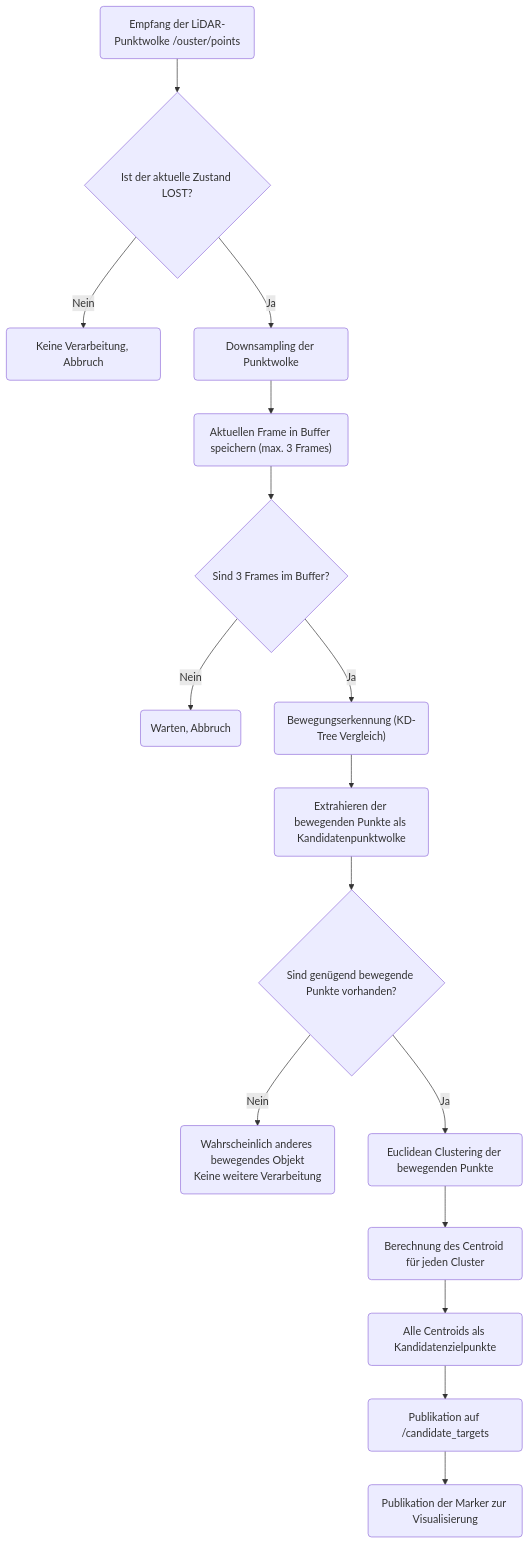
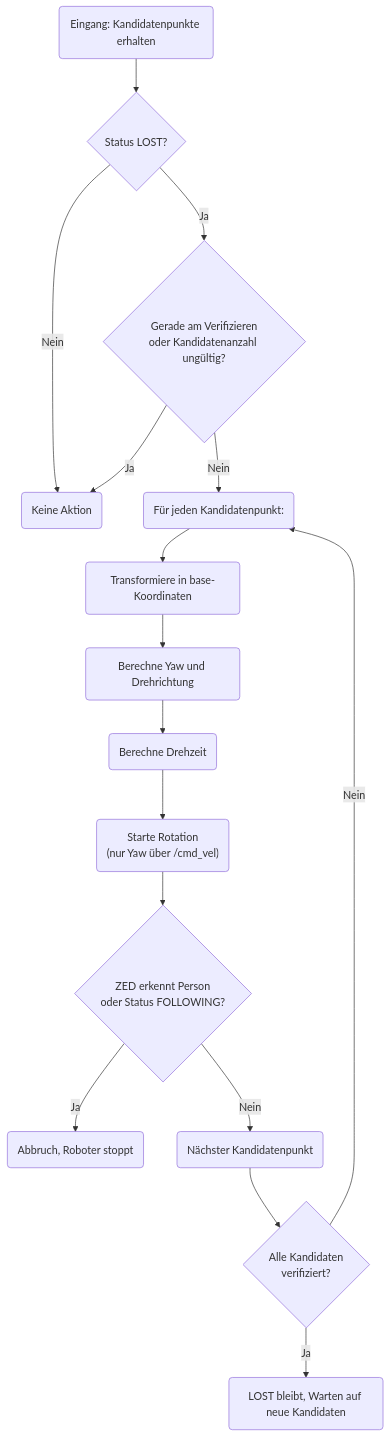
Before and after one commit to RenhongLiu/iodraw-files: the diagram in all/未命名-2.md, drawn with Mermaid.

Commit message:
2025-07-27 09:28:29 update

````diff
--- a/all/未命名-2.md
+++ b/all/未命名-2.md
@@ -1,19 +1,19 @@
 ```mermaid
 flowchart TD
-    A("Empfang der LiDAR-Punktwolke /ouster/points") --> B{Ist der aktuelle Zustand LOST?}
-    B -- Nein --> Z("Keine Verarbeitung, Abbruch")
-    B -- Ja --> C("Downsampling der Punktwolke")
-    C --> D("Aktuellen Frame in Buffer speichern (max. 3 Frames)")
-    D --> E{Sind 3 Frames im Buffer?}
-    E -- Nein --> Z1("Warten, Abbruch")
-    E -- Ja --> F("Bewegungserkennung (KD-Tree Vergleich)")
-    F --> G("Extrahieren der bewegenden Punkte als Kandidatenpunktwolke")
-    G --> H{Sind genügend bewegende Punkte vorhanden?}
-    H -- Nein --> Y("Wahrscheinlich anderes bewegendes Objekt<br/>Keine weitere Verarbeitung")
-    H -- Ja --> I("Euclidean Clustering der bewegenden Punkte")
-    I --> J("Berechnung des Centroid für jeden Cluster")
-    J --> K("Alle Centroids als Kandidatenzielpunkte")
-    K --> L("Publikation auf /candidate_targets")
-    L --> M("Publikation der Marker zur Visualisierung")
+    A("Eingang: Kandidatenpunkte erhalten") --> B{Status LOST?}
+    B -- Nein --> X("Keine Aktion")
+    B -- Ja --> C{Gerade am Verifizieren<br/>oder Kandidatenanzahl ungültig?}
+    C -- Ja --> X
+    C -- Nein --> D("Für jeden Kandidatenpunkt:")
+    D --> E("Transformiere in base-Koordinaten")
+    E --> F("Berechne Yaw und Drehrichtung")
+    F --> G("Berechne Drehzeit")
+    G --> H("Starte Rotation<br/>(nur Yaw über /cmd_vel)")
+    H --> I{ZED erkennt Person<br/>oder Status FOLLOWING?}
+    I -- Ja --> J("Abbruch, Roboter stoppt")
+    I -- Nein --> K("Nächster Kandidatenpunkt")
+    K --> L{Alle Kandidaten<br/>verifiziert?}
+    L -- Nein --> D
+    L -- Ja --> M("LOST bleibt, Warten auf neue Kandidaten")
 
 ```
````
